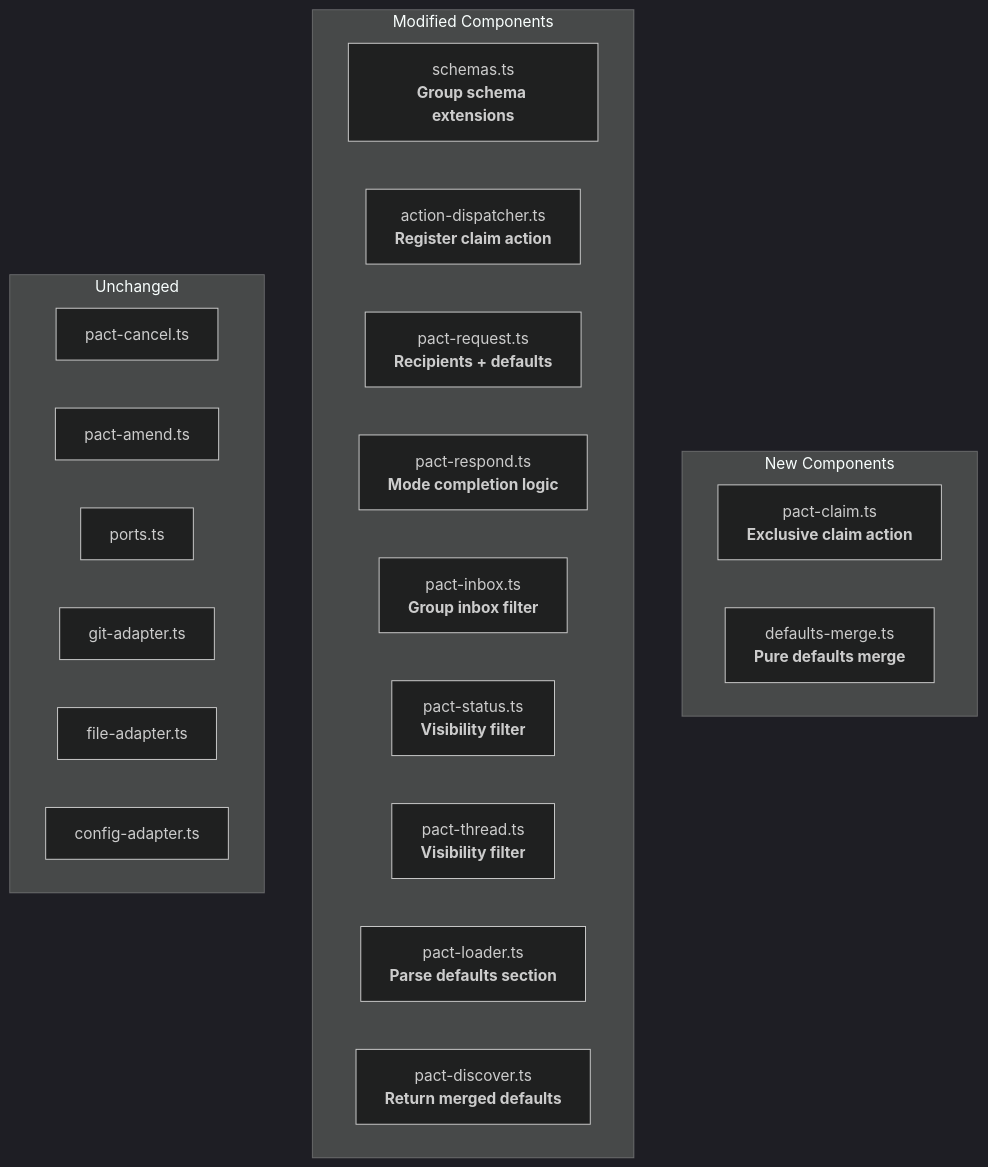
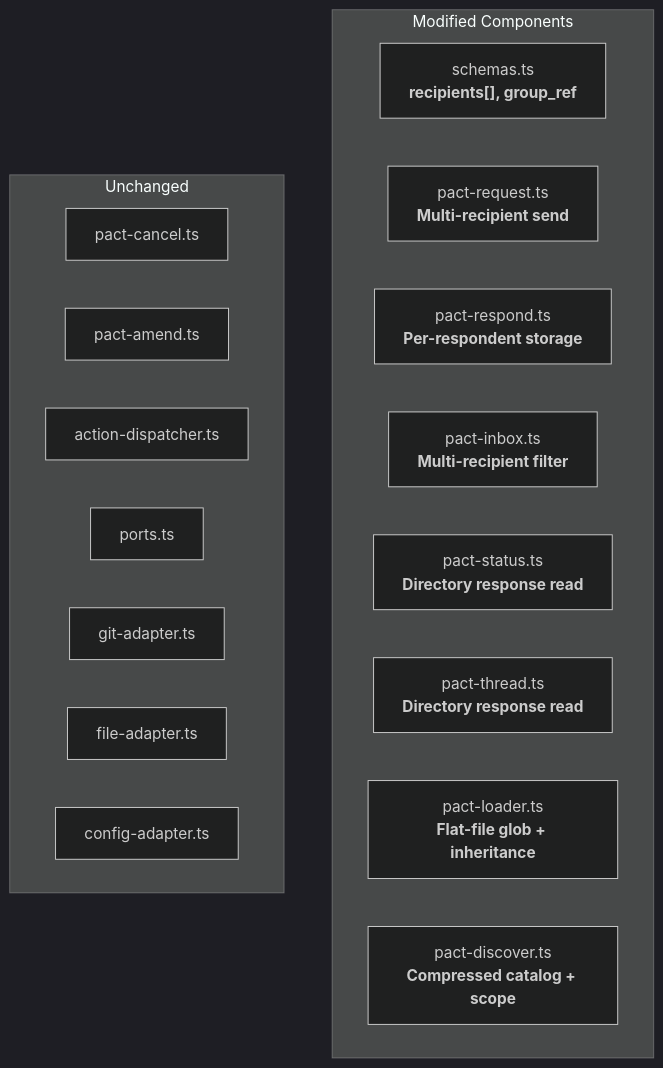
The diagram in docs/feature/pact-fmt/design/component-boundaries.md (snidelycapon/pact), drawn with Mermaid (dark theme) before and after one commit. The commit also changed other lines of this file and 141 other files, not shown here.

````diff
--- a/docs/feature/pact-fmt/design/component-boundaries.md
+++ b/docs/feature/pact-fmt/design/component-boundaries.md
@@ -11,28 +12,23 @@
 ```mermaid
 graph TD
-    subgraph New["New Components"]
-        CLAIM["pact-claim.ts<br/><b>Exclusive claim action</b>"]
-        MERGE["defaults-merge.ts<br/><b>Pure defaults merge</b>"]
-    end
-
     subgraph Modified["Modified Components"]
-        SCHEMAS["schemas.ts<br/><b>Group schema extensions</b>"]
-        DISPATCH["action-dispatcher.ts<br/><b>Register claim action</b>"]
-        REQUEST["pact-request.ts<br/><b>Recipients + defaults</b>"]
-        RESPOND["pact-respond.ts<br/><b>Mode completion logic</b>"]
-        INBOX["pact-inbox.ts<br/><b>Group inbox filter</b>"]
-        STATUS["pact-status.ts<br/><b>Visibility filter</b>"]
-        THREAD["pact-thread.ts<br/><b>Visibility filter</b>"]
-        LOADER["pact-loader.ts<br/><b>Parse defaults section</b>"]
-        DISCOVER["pact-discover.ts<br/><b>Return merged defaults</b>"]
+        SCHEMAS["schemas.ts<br/><b>recipients[], group_ref</b>"]
+        REQUEST["pact-request.ts<br/><b>Multi-recipient send</b>"]
+        RESPOND["pact-respond.ts<br/><b>Per-respondent storage</b>"]
+        INBOX["pact-inbox.ts<br/><b>Multi-recipient filter</b>"]
+        STATUS["pact-status.ts<br/><b>Directory response read</b>"]
+        THREAD["pact-thread.ts<br/><b>Directory response read</b>"]
+        LOADER["pact-loader.ts<br/><b>Flat-file glob + inheritance</b>"]
+        DISCOVER["pact-discover.ts<br/><b>Compressed catalog + scope</b>"]
     end
 
     subgraph Unchanged["Unchanged"]
         CANCEL["pact-cancel.ts"]
         AMEND["pact-amend.ts"]
+        DISPATCH["action-dispatcher.ts"]
         PORTS["ports.ts"]
         GIT["git-adapter.ts"]
         FILE["file-adapter.ts"]
         CONFIG["config-adapter.ts"]
     end
 ```
````
